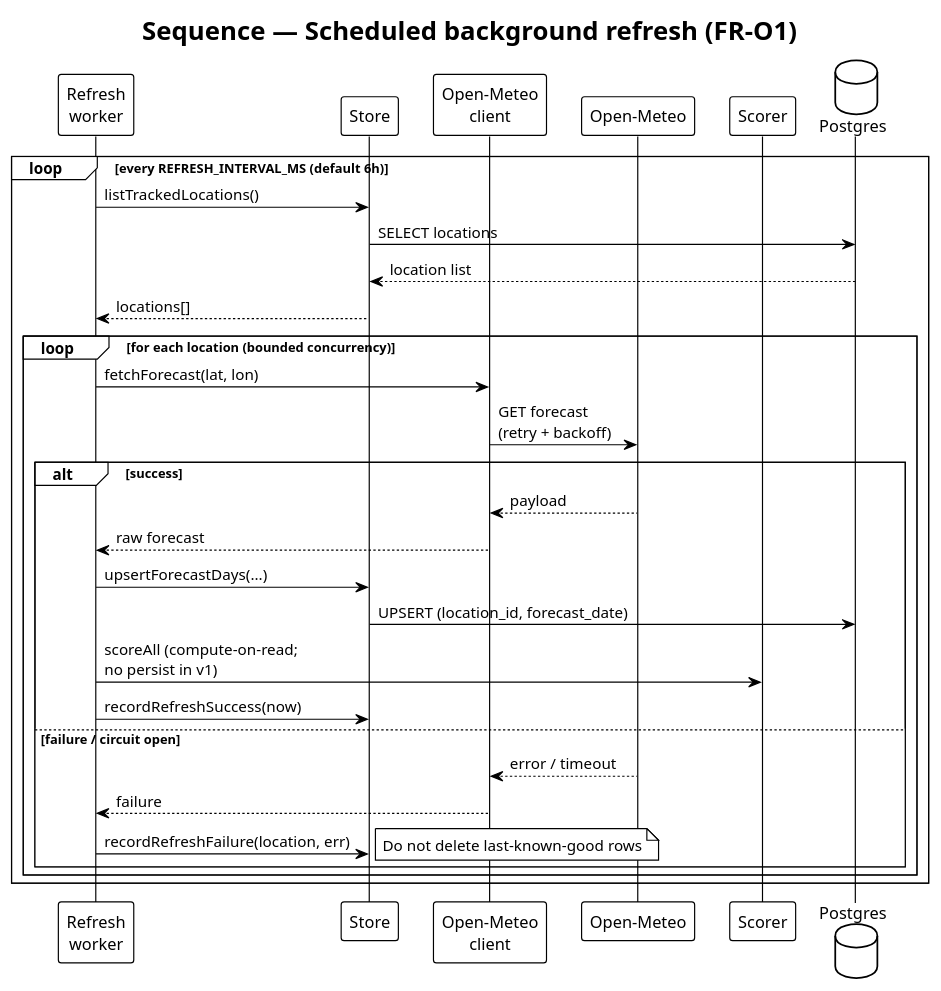
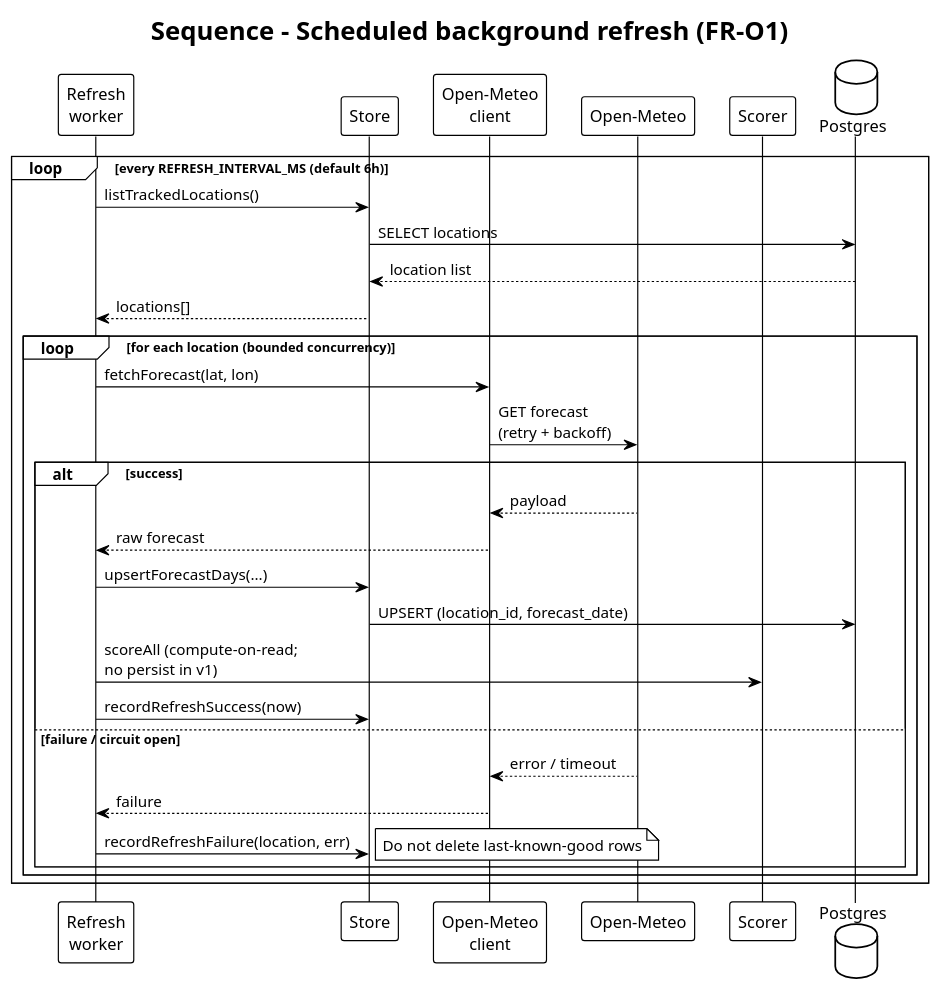
The diagram in docs/diagrams/seq-refresh.puml (Takadza/weather-activity-ranking-service), drawn with PlantUML before and after one commit. The commit also changed 31 other files, not shown here.

```diff
--- a/docs/diagrams/seq-refresh.puml
+++ b/docs/diagrams/seq-refresh.puml
@@ -1,37 +1,37 @@
 @startuml seq-refresh
 !theme plain
-title Sequence — Scheduled background refresh (FR-O1)
+title Sequence - Scheduled background refresh (FR-O1)
 
 participant "Refresh\nworker" as Worker
 participant "Store" as Store
 participant "Open-Meteo\nclient" as OMClient
 participant "Open-Meteo" as OM
 participant "Scorer" as Score
 database "Postgres" as PG
 
 loop every REFRESH_INTERVAL_MS (default 6h)
   Worker -> Store : listTrackedLocations()
   Store -> PG : SELECT locations
   PG --> Store : location list
   Store --> Worker : locations[]
 
   loop for each location (bounded concurrency)
     Worker -> OMClient : fetchForecast(lat, lon)
     OMClient -> OM : GET forecast\n(retry + backoff)
     alt success
       OM --> OMClient : payload
       OMClient --> Worker : raw forecast
       Worker -> Store : upsertForecastDays(...)
       Store -> PG : UPSERT (location_id, forecast_date)
       Worker -> Score : scoreAll (compute-on-read;\nno persist in v1)
       Worker -> Store : recordRefreshSuccess(now)
     else failure / circuit open
       OM --> OMClient : error / timeout
       OMClient --> Worker : failure
       Worker -> Store : recordRefreshFailure(location, err)
       note right: Do not delete last-known-good rows
     end
   end
 end
 
 @enduml
```
